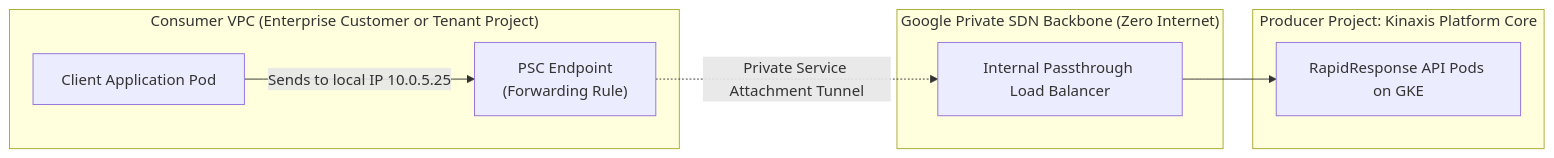
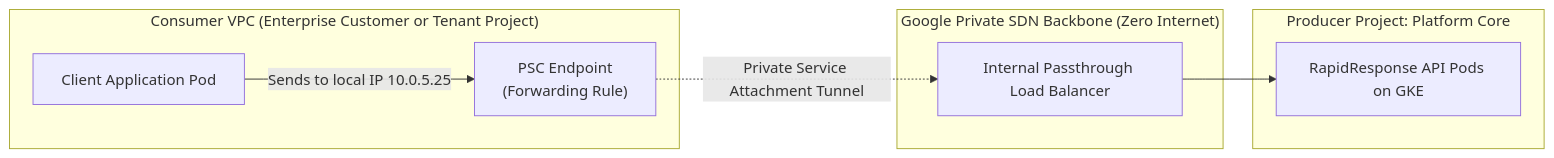
The fourth of 7 diagrams in 3. Core Concepts & Analogies Guide.md (madhankumar866/temp), drawn with Mermaid before and after one commit. The commit also changed other lines of this file and 9 other files, not shown here.

````diff
--- a/3. Core Concepts & Analogies Guide.md
+++ b/3. Core Concepts & Analogies Guide.md
@@ -508,14 +508,14 @@
 ```mermaid
 flowchart LR
     subgraph CONSUMER["Consumer VPC (Enterprise Customer or Tenant Project)"]
         CLIENT["Client Application Pod"] -->|Sends to local IP 10.0.5.25| PSC_EP["PSC Endpoint<br/>(Forwarding Rule)"]
     end
 
     subgraph GOOGLE_BACKBONE["Google Private SDN Backbone (Zero Internet)"]
         PSC_EP -.->|Private Service Attachment Tunnel| ILB
     end
 
-    subgraph PRODUCER["Producer Project: Kinaxis Platform Core"]
+    subgraph PRODUCER["Producer Project: Platform Core"]
         ILB["Internal Passthrough Load Balancer"] --> BACKEND["RapidResponse API Pods on GKE"]
     end
 ```
````
